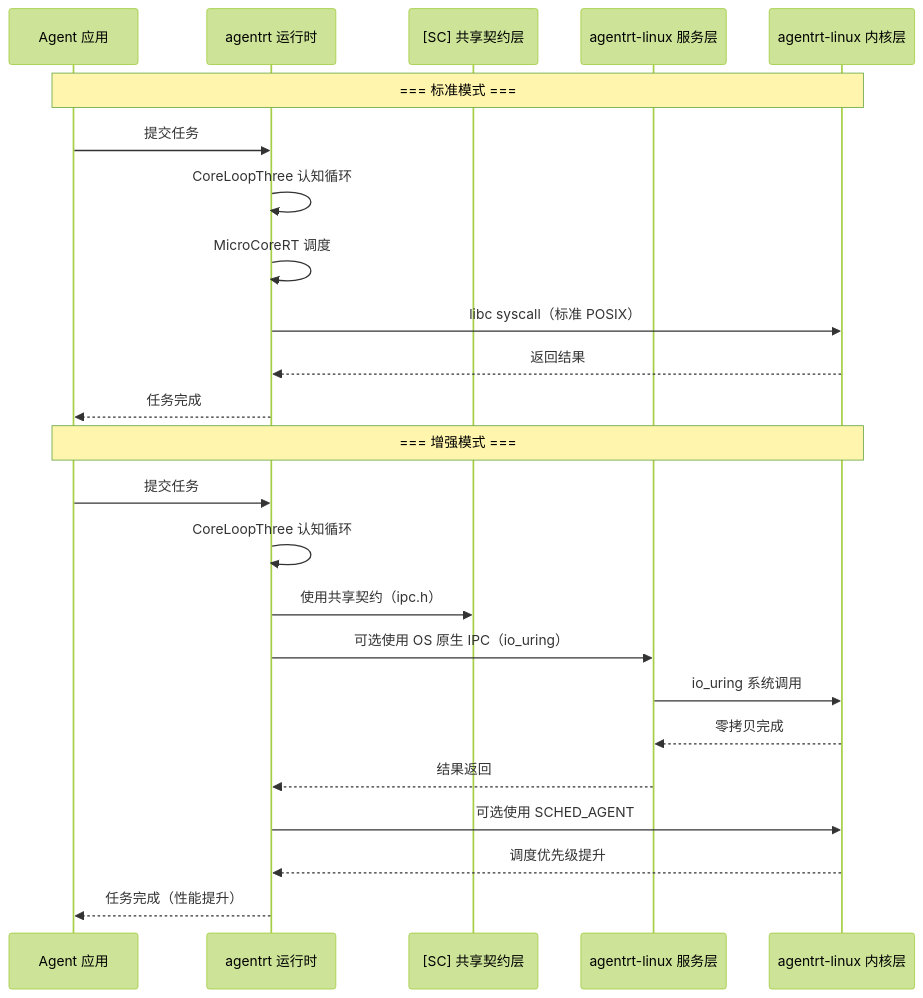
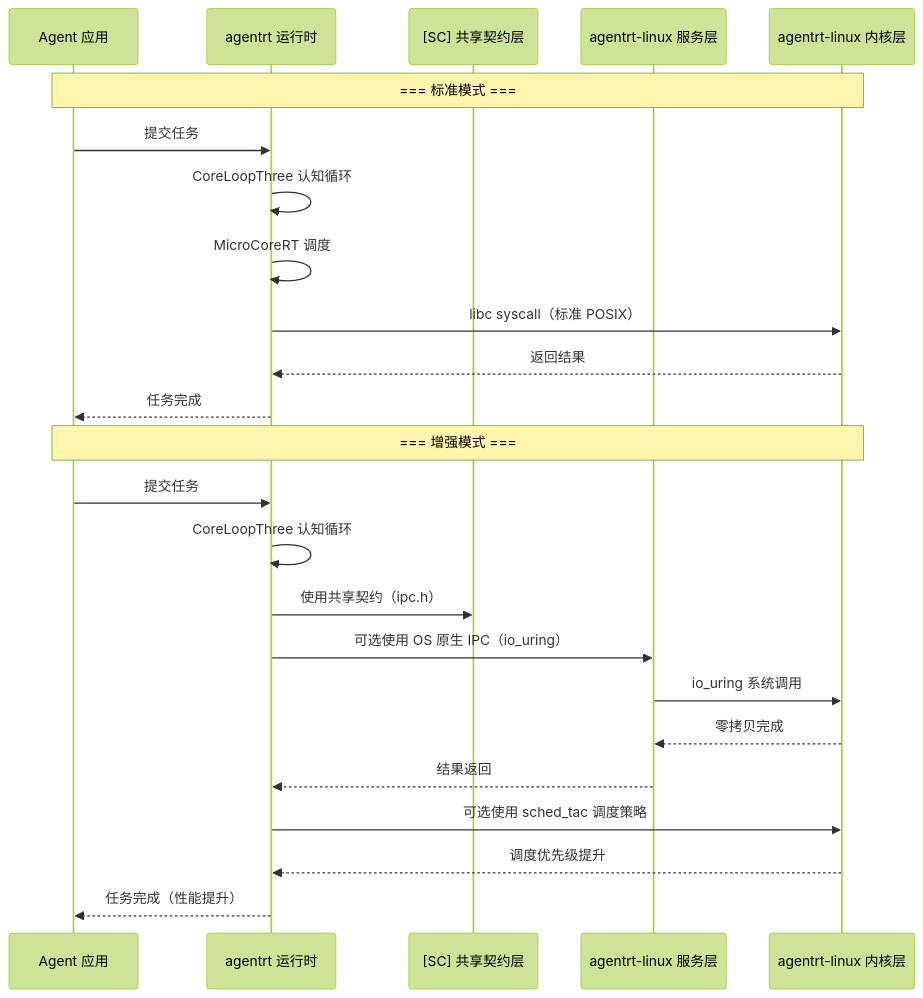
One commit to openairymax/docs-linux changed the third of 4 diagrams in 50-engineering-standards/40-integration/integration.md. Above: the diagram before and after it, drawn with Mermaid (forest theme). The commit also changed other lines of this file and 181 other files, not shown here.

Commit message:
docs: 批量更新文档中的IRON-9版本与调度器命名 1. 将所有IRON-9 v2引用升级为IRON-9 v3，统一四层共享模型版本号 2. 将方案C-Prime、AIRY_SCHED_AGENT相关表述替换为sched_tac、stc_agent 3. 更新OpenStandards/README.md的许可证信息为CC-BY-4.0

````diff
--- a/50-engineering-standards/40-integration/integration.md
+++ b/50-engineering-standards/40-integration/integration.md
@@ -707,28 +706,28 @@
 ```mermaid
 sequenceDiagram
     participant App as Agent 应用
     participant RT as agentrt 运行时
     participant SC as [SC] 共享契约层
     participant OS_SVC as agentrt-linux 服务层
     participant OS_KERN as agentrt-linux 内核层
 
     Note over App,OS_KERN: === 标准模式 ===
     App->>RT: 提交任务
     RT->>RT: CoreLoopThree 认知循环
     RT->>RT: MicroCoreRT 调度
     RT->>OS_KERN: libc syscall（标准 POSIX）
     OS_KERN-->>RT: 返回结果
     RT-->>App: 任务完成
 
     Note over App,OS_KERN: === 增强模式 ===
     App->>RT: 提交任务
     RT->>RT: CoreLoopThree 认知循环
     RT->>SC: 使用共享契约（ipc.h）
     RT->>OS_SVC: 可选使用 OS 原生 IPC（io_uring）
     OS_SVC->>OS_KERN: io_uring 系统调用
     OS_KERN-->>OS_SVC: 零拷贝完成
     OS_SVC-->>RT: 结果返回
-    RT->>OS_KERN: 可选使用 SCHED_AGENT
+    RT->>OS_KERN: 可选使用 sched_tac 调度策略
     OS_KERN-->>RT: 调度优先级提升
     RT-->>App: 任务完成（性能提升）
 ```
````
